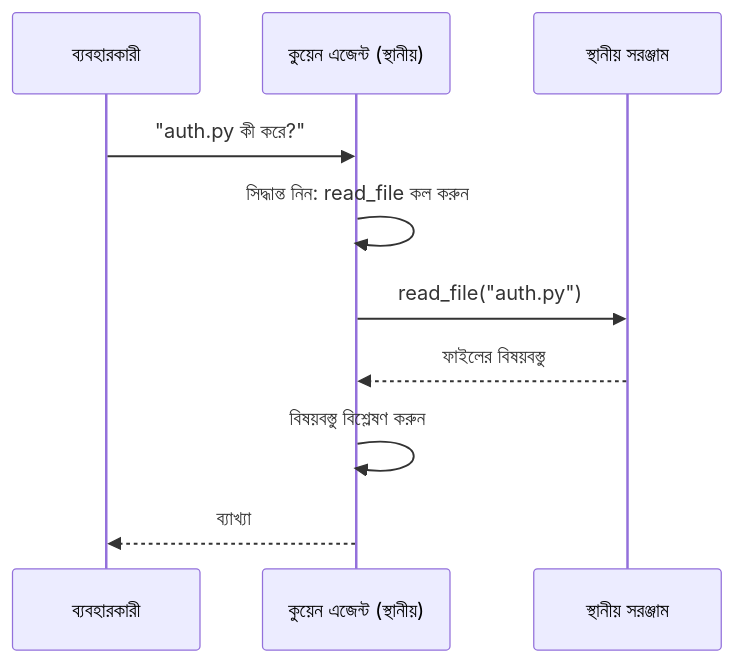
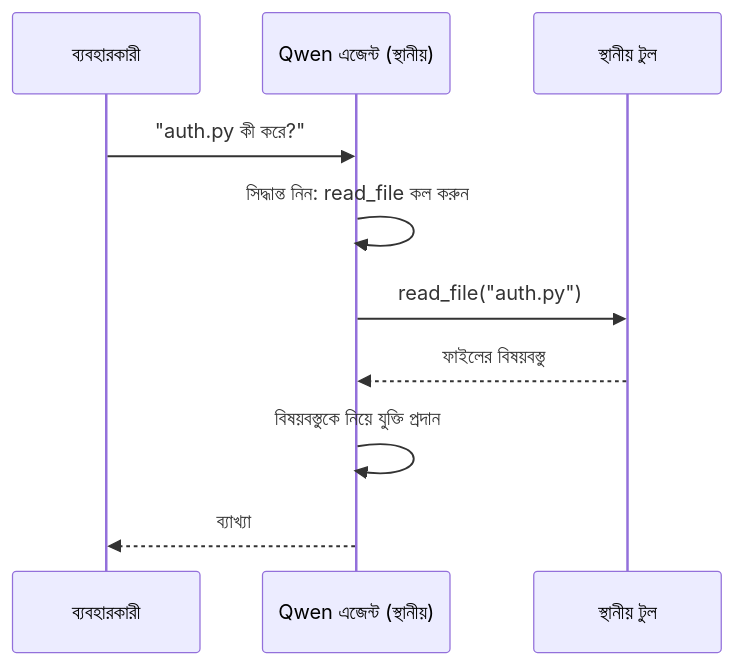
The second of 4 diagrams in translations/bn/17-creating-local-ai-agents/README.md (microsoft/ai-agents-for-beginners), drawn with Mermaid before and after one commit. The commit also changed other lines of this file and 45 other files, not shown here.

````diff
--- a/translations/bn/17-creating-local-ai-agents/README.md
+++ b/translations/bn/17-creating-local-ai-agents/README.md
@@ -106,12 +106,12 @@
 ```mermaid
 sequenceDiagram
     participant U as ব্যবহারকারী
-    participant A as কুয়েন এজেন্ট (স্থানীয়)
-    participant T as স্থানীয় সরঞ্জাম
+    participant A as Qwen এজেন্ট (স্থানীয়)
+    participant T as স্থানীয় টুল
     U->>A: "auth.py কী করে?"
     A->>A: সিদ্ধান্ত নিন: read_file কল করুন
     A->>T: read_file("auth.py")
     T-->>A: ফাইলের বিষয়বস্তু
-    A->>A: বিষয়বস্তু বিশ্লেষণ করুন
+    A->>A: বিষয়বস্তুকে নিয়ে যুক্তি প্রদান
     A-->>U: ব্যাখ্যা
 ```
````
